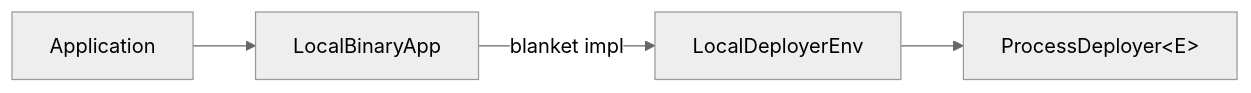
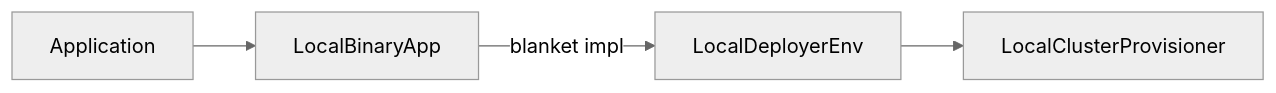
The diagram in book/src/implementing-application.md (logos-blockchain/logos-blockchain-testing), drawn with Mermaid (neutral theme) before and after one commit. The commit also changed other lines of this file and 47 other files, not shown here.

````diff
--- a/book/src/implementing-application.md
+++ b/book/src/implementing-application.md
@@ -58,6 +58,6 @@
 ```mermaid
 graph LR
     A[Application] --> B[LocalBinaryApp]
     B -- blanket impl --> C[LocalDeployerEnv]
-    C --> D["ProcessDeployer&lt;E&gt;"]
+    C --> D["LocalClusterProvisioner"]
 ```
````
